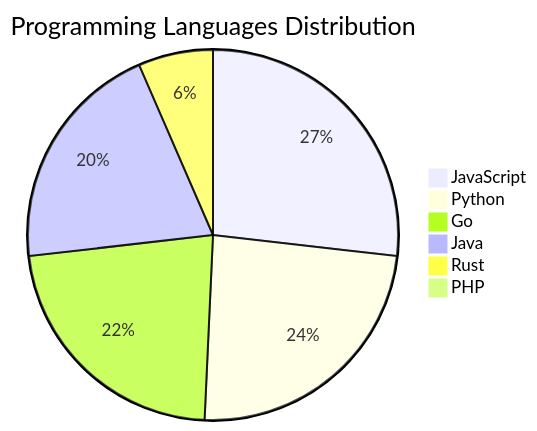
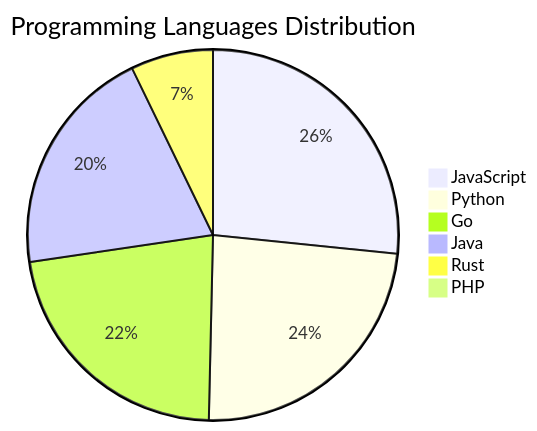
The diagram in README.md (Derrick-MUGISHA/github-activity-bot), drawn with Mermaid before and after one commit. The commit also changed other lines of this file and 4 other files, not shown here.

````diff
--- a/README.md
+++ b/README.md
@@ -206,9 +206,9 @@
 ```mermaid
 pie title Programming Languages Distribution
     "JavaScript" : 37
     "Python" : 33
     "Go" : 31
     "Java" : 28
-    "Rust" : 9
+    "Rust" : 10
     "PHP" : 1
 ```
````
